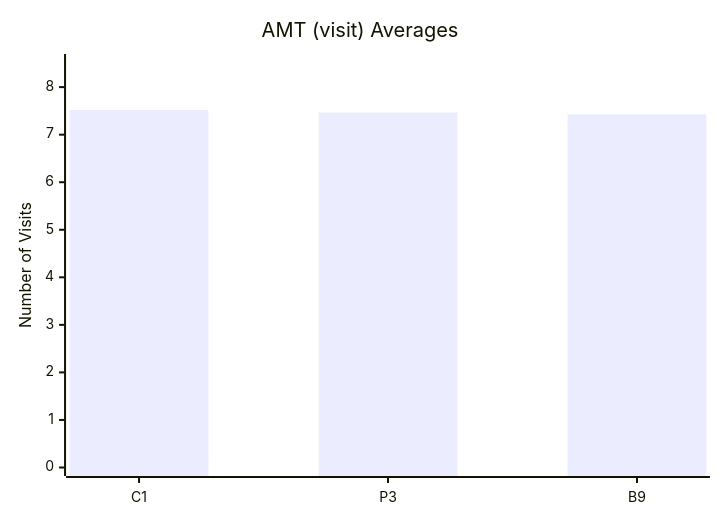
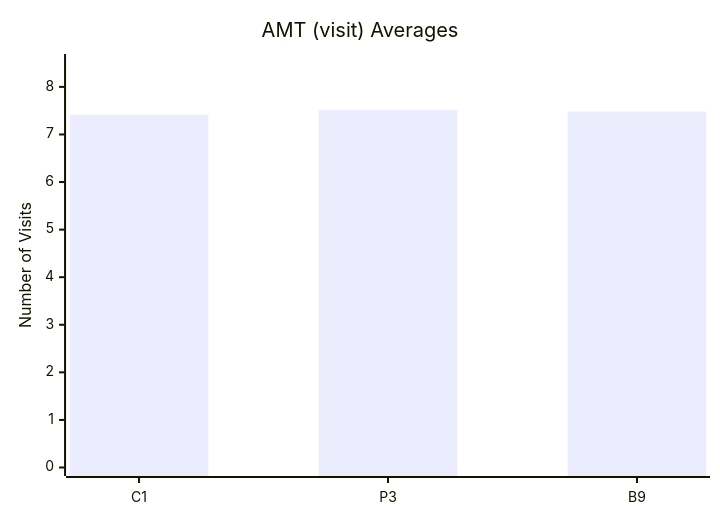
Before and after one commit to dhagan-va/intern-2025: diagram 11 of 11 in test-tools/DataGen/src/Statistics_Visualizer.md, drawn with Mermaid. The commit also changed other lines of this file and 2 other files, not shown here.

Commit message:
update to insure proper flow between 834 and 999

````diff
--- a/test-tools/DataGen/src/Statistics_Visualizer.md
+++ b/test-tools/DataGen/src/Statistics_Visualizer.md
@@ -118,7 +118,7 @@
 ```mermaid
 xychart-beta
     title "AMT (visit) Averages"
     x-axis ["C1", "P3", "B9"]
-    y-axis "Number of Visits" 0 --> 8.517820216518672
-    bar [7.517820216518672, 7.4655151441430485, 7.428779953776913]
+    y-axis "Number of Visits" 0 --> 8.5126025205041
+    bar [7.412982596519304, 7.5126025205041005, 7.481796359271854]
 ```
````
